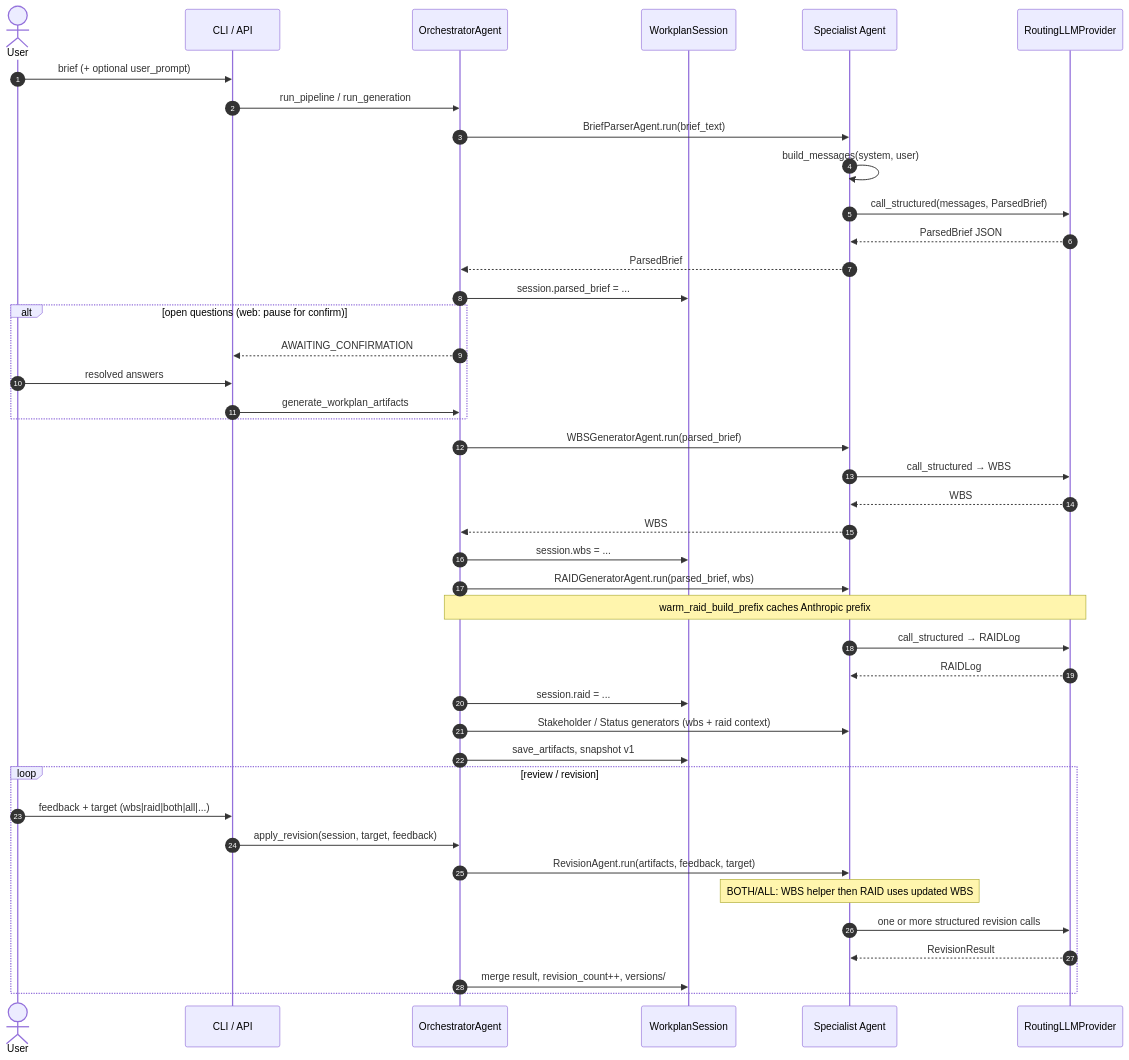
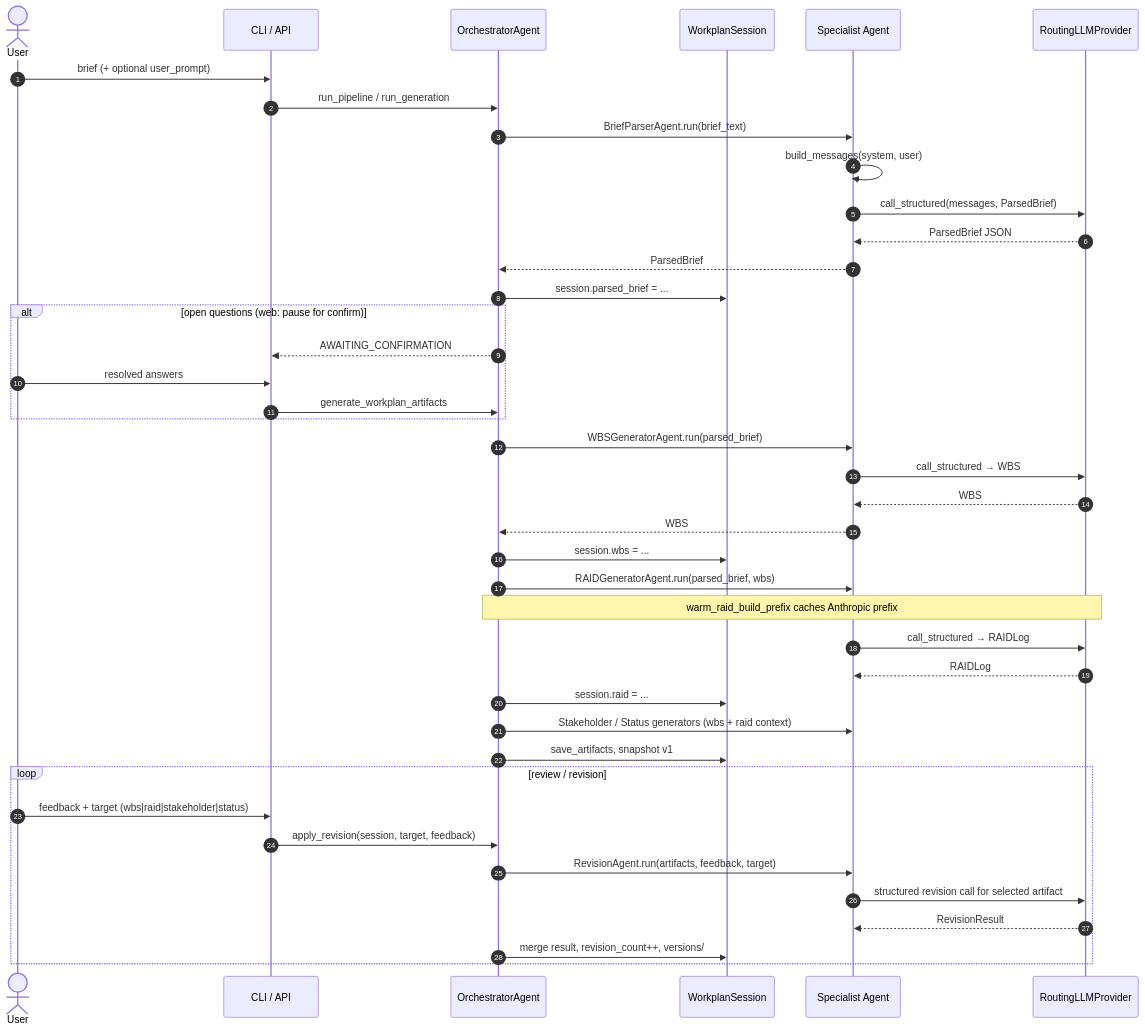
The second of 3 diagrams in architecture_charts/ARCHITECTURE.md (sohenpatel22/Consulting-Workplan-Agent), drawn with Mermaid before and after one commit. The commit also changed other lines of this file and 19 other files, not shown here.

````diff
--- a/architecture_charts/ARCHITECTURE.md
+++ b/architecture_charts/ARCHITECTURE.md
@@ -91,51 +91,50 @@
 ```mermaid
 sequenceDiagram
     autonumber
     actor User
     participant Entry as CLI / API
     participant Orch as OrchestratorAgent
     participant Session as WorkplanSession
     participant Agent as Specialist Agent
     participant LLM as RoutingLLMProvider
 
     User->>Entry: brief (+ optional user_prompt)
     Entry->>Orch: run_pipeline / run_generation
 
     Orch->>Agent: BriefParserAgent.run(brief_text)
     Agent->>Agent: build_messages(system, user)
     Agent->>LLM: call_structured(messages, ParsedBrief)
     LLM-->>Agent: ParsedBrief JSON
     Agent-->>Orch: ParsedBrief
     Orch->>Session: session.parsed_brief = ...
 
     alt open questions (web: pause for confirm)
         Orch-->>Entry: AWAITING_CONFIRMATION
         User->>Entry: resolved answers
         Entry->>Orch: generate_workplan_artifacts
     end
 
     Orch->>Agent: WBSGeneratorAgent.run(parsed_brief)
     Agent->>LLM: call_structured → WBS
     LLM-->>Agent: WBS
     Agent-->>Orch: WBS
     Orch->>Session: session.wbs = ...
 
     Orch->>Agent: RAIDGeneratorAgent.run(parsed_brief, wbs)
     Note over Orch,LLM: warm_raid_build_prefix caches Anthropic prefix
     Agent->>LLM: call_structured → RAIDLog
     LLM-->>Agent: RAIDLog
     Orch->>Session: session.raid = ...
 
     Orch->>Agent: Stakeholder / Status generators (wbs + raid context)
     Orch->>Session: save_artifacts, snapshot v1
 
     loop review / revision
-        User->>Entry: feedback + target (wbs|raid|both|all|...)
+        User->>Entry: feedback + target (wbs|raid|stakeholder|status)
         Entry->>Orch: apply_revision(session, target, feedback)
         Orch->>Agent: RevisionAgent.run(artifacts, feedback, target)
-        Note over Agent: BOTH/ALL: WBS helper then RAID uses updated WBS
-        Agent->>LLM: one or more structured revision calls
+        Agent->>LLM: structured revision call for selected artifact
         LLM-->>Agent: RevisionResult
         Orch->>Session: merge result, revision_count++, versions/
     end
 ```
````
